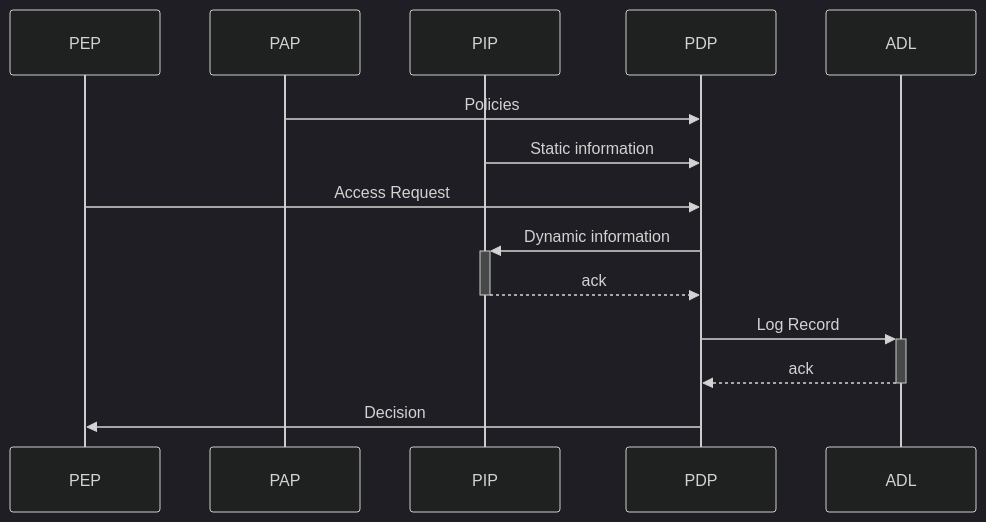
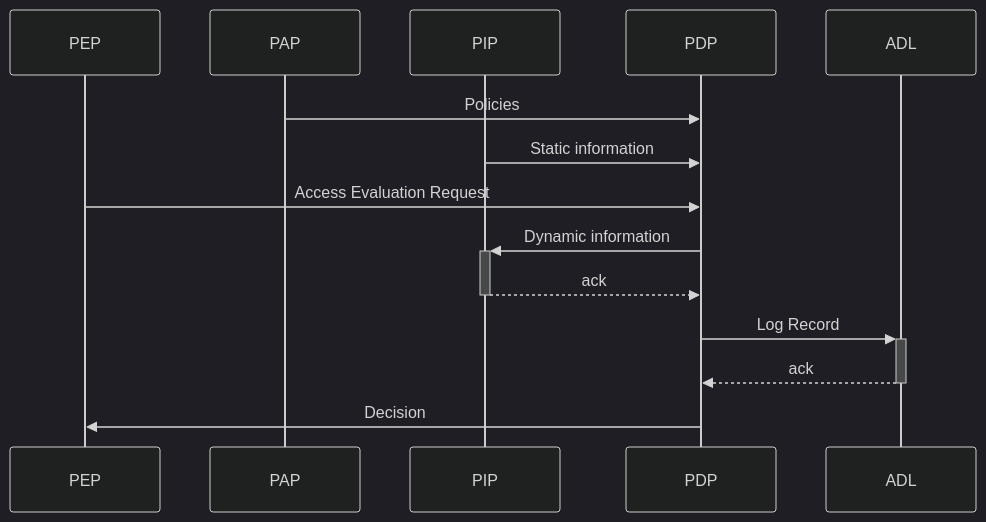
Before and after one commit to VNG-Realisatie/authorization-decision-log: the third of 3 diagrams in architecture.md, drawn with Mermaid (dark theme). The commit also changed other lines of this file and 3 other files, not shown here.

````diff
--- a/architecture.md
+++ b/architecture.md
@@ -99,16 +100,16 @@
 ```mermaid
 sequenceDiagram
     participant PEP
     participant PAP
     participant PIP
     participant PDP
     participant ADL
     PAP->>PDP: Policies
     PIP->>PDP: Static information
-    PEP->>PDP: Access Request
+    PEP->>PDP: Access Evaluation Request
     PDP->>+PIP: Dynamic information
     PIP-->>-PDP: ack
     PDP->>+ADL: Log Record
     ADL-->>-PDP: ack
     PDP->>PEP: Decision
 ```
````
